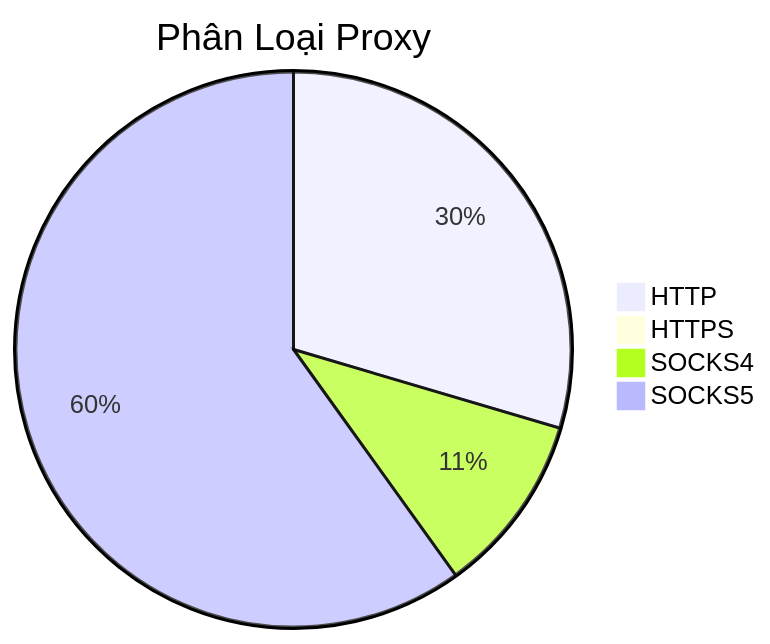
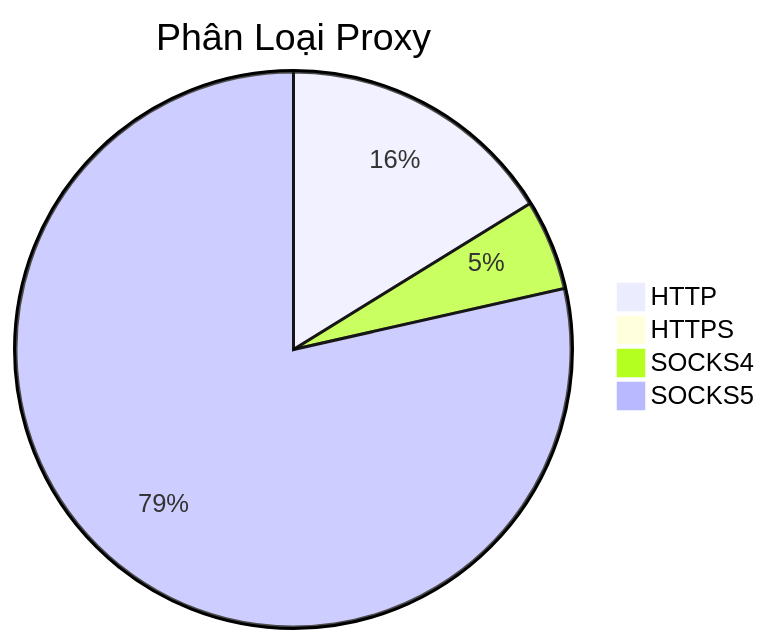
The diagram in README.md (Ciara-12/PROXY-free), drawn with Mermaid before and after one commit. The commit also changed other lines of this file and 4 other files, not shown here.

````diff
--- a/README.md
+++ b/README.md
@@ -26,7 +26,7 @@
 ```mermaid
 pie title Phân Loại Proxy
-    "HTTP" : 844
-    "HTTPS" : 1
-    "SOCKS4" : 300
-    "SOCKS5" : 1710
+    "HTTP" : 998
+    "HTTPS" : 0
+    "SOCKS4" : 325
+    "SOCKS5" : 4839
 ```
````
